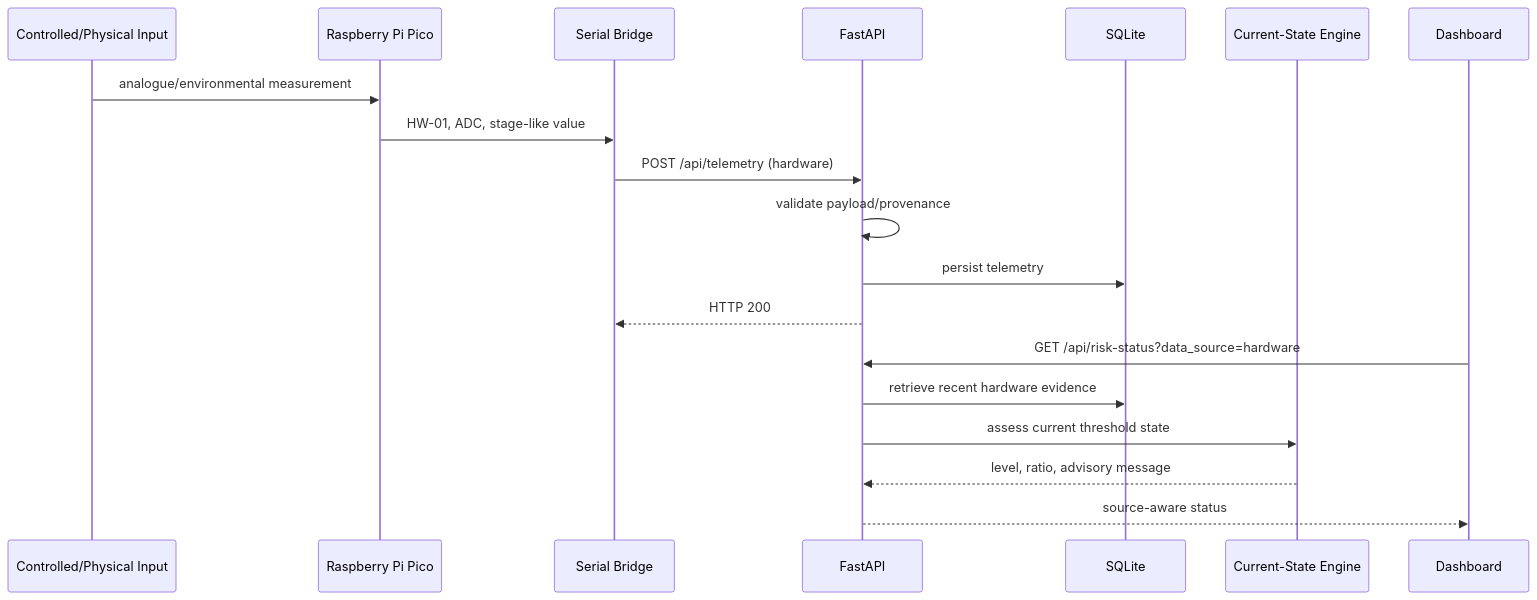
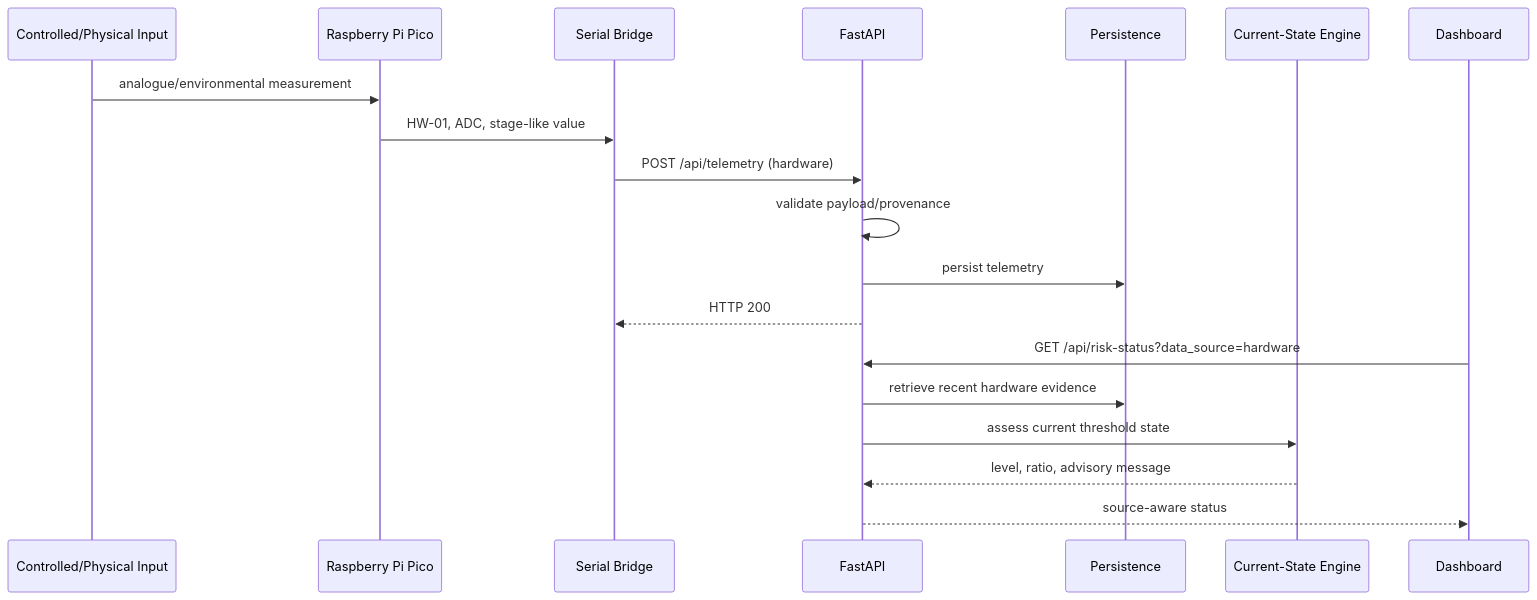
One commit to AjStyles20/flood-early-warning-system changed the seventh of 9 diagrams in files/docs/software_engineering_methodology_and_design.md. Above: the diagram before and after it, drawn with Mermaid. The commit also changed other lines of this file, not shown here.

Commit message:
docs: integrate literature-derived architecture and synchronize design baseline

```diff
--- a/files/docs/software_engineering_methodology_and_design.md
+++ b/files/docs/software_engineering_methodology_and_design.md
@@ -210,21 +214,21 @@
 ~~~mermaid
 sequenceDiagram
     participant Input as Controlled/Physical Input
     participant Pico as Raspberry Pi Pico
     participant Bridge as Serial Bridge
     participant API as FastAPI
-    participant DB as SQLite
+    participant DB as Persistence
     participant Risk as Current-State Engine
     participant UI as Dashboard
     Input->>Pico: analogue/environmental measurement
     Pico->>Bridge: HW-01, ADC, stage-like value
     Bridge->>API: POST /api/telemetry (hardware)
     API->>API: validate payload/provenance
     API->>DB: persist telemetry
     API-->>Bridge: HTTP 200
     UI->>API: GET /api/risk-status?data_source=hardware
     API->>DB: retrieve recent hardware evidence
     API->>Risk: assess current threshold state
     Risk-->>API: level, ratio, advisory message
     API-->>UI: source-aware status
 ~~~
```
